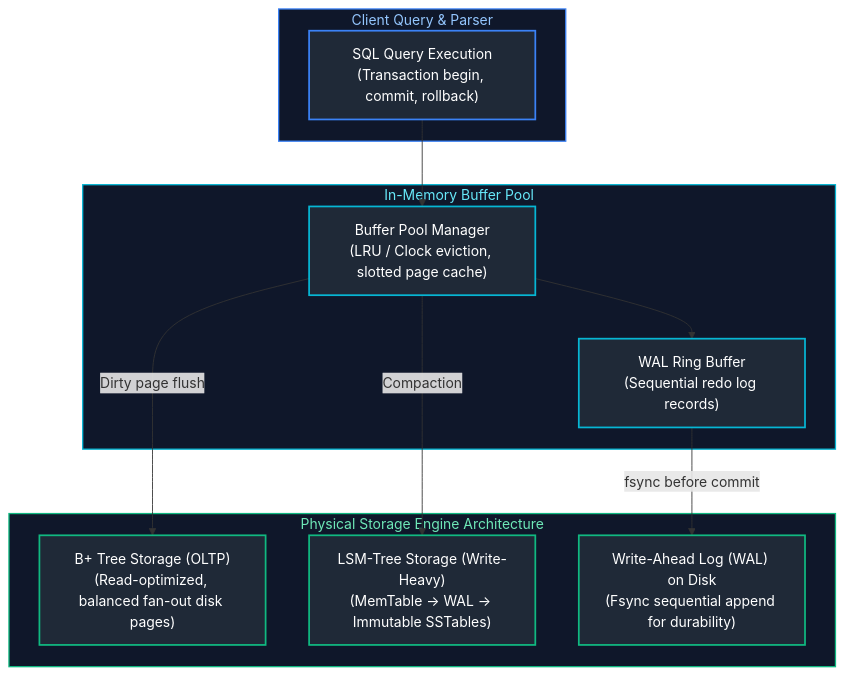
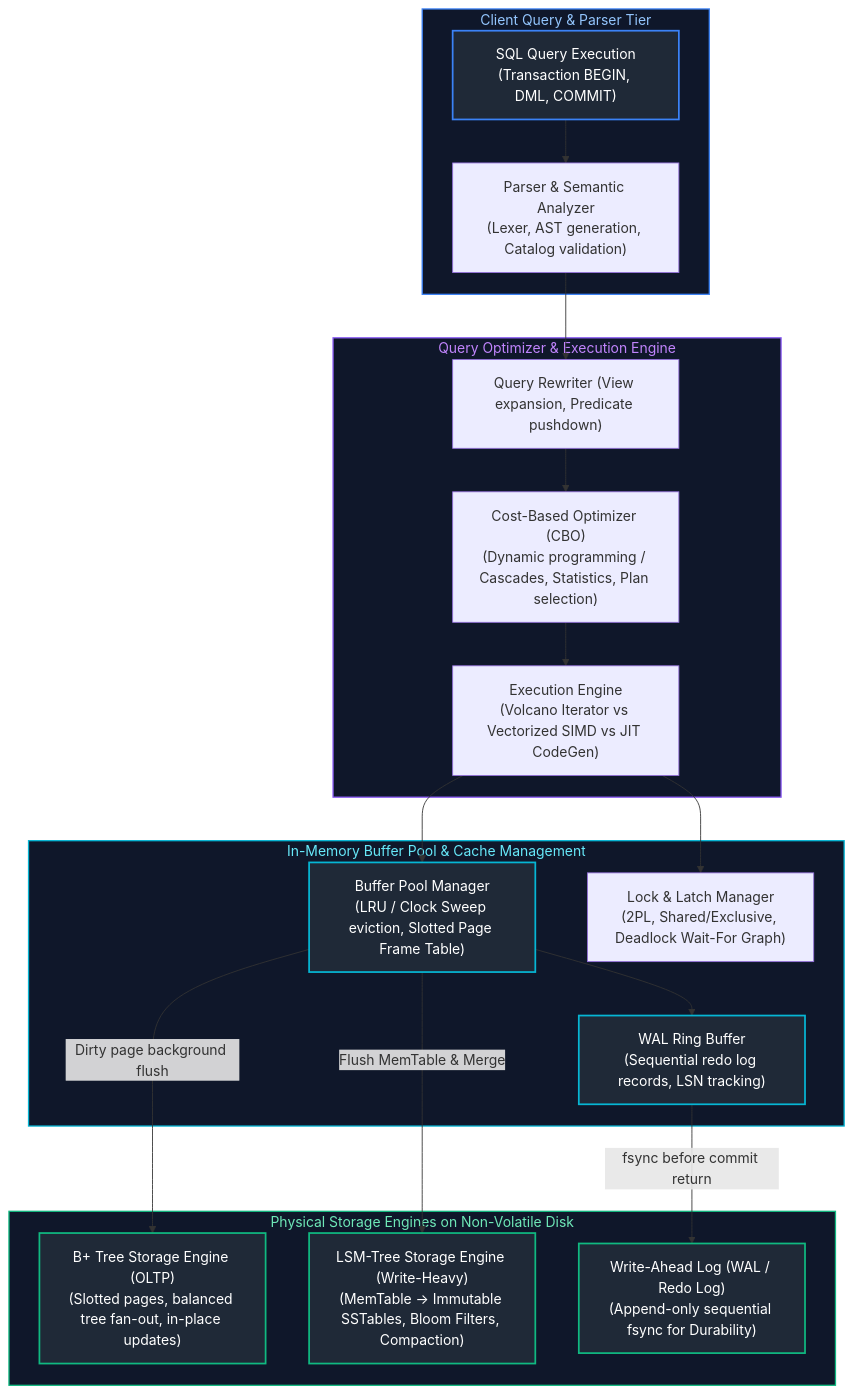
Before and after one commit to joydeep-biswas/Interview-Preparation: the first of 23 diagrams in Data Engineering/04_database_internals_and_performance.md, drawn with Mermaid. The commit also changed other lines of this file and 143 other files, not shown here.

````diff
--- a/Data Engineering/04_database_internals_and_performance.md
+++ b/Data Engineering/04_database_internals_and_performance.md
@@ -9,31 +9,45 @@
 ```mermaid
 flowchart TD
-    subgraph ClientAndParser ["Client Query & Parser"]
-        Client["SQL Query Execution<br/>(Transaction begin, commit, rollback)"]
-    end
-    subgraph MemoryBufferPool ["In-Memory Buffer Pool"]
-        BufferPool["Buffer Pool Manager<br/>(LRU / Clock eviction, slotted page cache)"]
-        WALBuffer["WAL Ring Buffer<br/>(Sequential redo log records)"]
-    end
-    subgraph StorageEngines ["Physical Storage Engine Architecture"]
-        BTree["B+ Tree Storage (OLTP)<br/>(Read-optimized, balanced fan-out disk pages)"]
-        LSM["LSM-Tree Storage (Write-Heavy)<br/>(MemTable -> WAL -> Immutable SSTables)"]
-        WALDisk["Write-Ahead Log (WAL) on Disk<br/>(Fsync sequential append for durability)"]
+    subgraph ClientAndParser ["Client Query & Parser Tier"]
+        Client["SQL Query Execution<br/>(Transaction BEGIN, DML, COMMIT)"]
+        Parser["Parser & Semantic Analyzer<br/>(Lexer, AST generation, Catalog validation)"]
+        Client --> Parser
     end
 
-    Client --> BufferPool
+    subgraph QueryOptimizer ["Query Optimizer & Execution Engine"]
+        Rewriter["Query Rewriter (View expansion, Predicate pushdown)"]
+        CBO["Cost-Based Optimizer (CBO)<br/>(Dynamic programming / Cascades, Statistics, Plan selection)"]
+        Executor["Execution Engine<br/>(Volcano Iterator vs Vectorized SIMD vs JIT CodeGen)"]
+        Parser --> Rewriter --> CBO --> Executor
+    end
+
+    subgraph MemoryBufferPool ["In-Memory Buffer Pool & Cache Management"]
+        BufferPool["Buffer Pool Manager<br/>(LRU / Clock Sweep eviction, Slotted Page Frame Table)"]
+        WALBuffer["WAL Ring Buffer<br/>(Sequential redo log records, LSN tracking)"]
+        LockManager["Lock & Latch Manager<br/>(2PL, Shared/Exclusive, Deadlock Wait-For Graph)"]
+    end
+
+    subgraph PhysicalStorageEngines ["Physical Storage Engines on Non-Volatile Disk"]
+        BTree["B+ Tree Storage Engine (OLTP)<br/>(Slotted pages, balanced tree fan-out, in-place updates)"]
+        LSM["LSM-Tree Storage Engine (Write-Heavy)<br/>(MemTable -> Immutable SSTables, Bloom Filters, Compaction)"]
+        WALDisk["Write-Ahead Log (WAL / Redo Log)<br/>(Append-only sequential fsync for Durability)"]
+    end
+
+    Executor --> BufferPool
+    Executor --> LockManager
     BufferPool --> WALBuffer
-    WALBuffer -->|"fsync before commit"| WALDisk
-    BufferPool -->|"Dirty page flush"| BTree
-    BufferPool -->|"Compaction"| LSM
+    WALBuffer -->|"fsync before commit return"| WALDisk
+    BufferPool -->|"Dirty page background flush"| BTree
+    BufferPool -->|"Flush MemTable & Merge"| LSM
 
     style ClientAndParser fill:#0f172a,stroke:#3b82f6,stroke-width:1.5px,color:#93c5fd
+    style QueryOptimizer fill:#0f172a,stroke:#8b5cf6,stroke-width:1.5px,color:#c084fc
     style MemoryBufferPool fill:#0f172a,stroke:#06b6d4,stroke-width:1.5px,color:#67e8f9
-    style StorageEngines fill:#0f172a,stroke:#10b981,stroke-width:1.5px,color:#6ee7b7
+    style PhysicalStorageEngines fill:#0f172a,stroke:#10b981,stroke-width:1.5px,color:#6ee7b7
     style Client fill:#1f2937,stroke:#3b82f6,stroke-width:2px,color:#fff
     style BufferPool fill:#1f2937,stroke:#06b6d4,stroke-width:2px,color:#fff
     style WALBuffer fill:#1f2937,stroke:#06b6d4,stroke-width:2px,color:#fff
     style BTree fill:#1f2937,stroke:#10b981,stroke-width:2px,color:#fff
     style LSM fill:#1f2937,stroke:#10b981,stroke-width:2px,color:#fff
     style WALDisk fill:#1f2937,stroke:#10b981,stroke-width:2px,color:#fff
 ```
````
